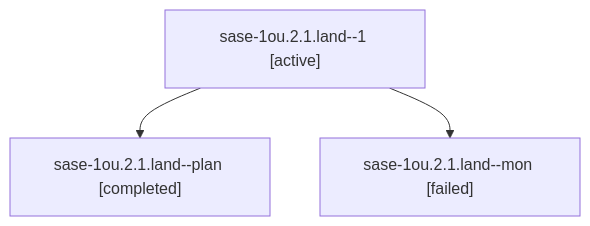
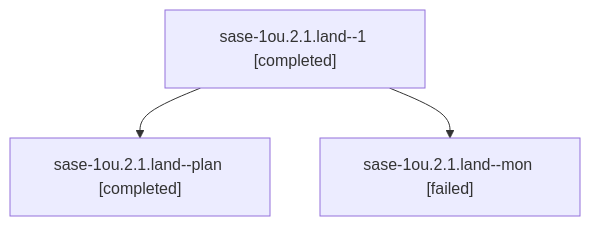
The diagram in sessions/bbugyi200.athena.sase-1ou.2.1.land.md (sase-org/sase--agents), drawn with Mermaid before and after one commit. The commit also changed other lines of this file and 88 other files, not shown here.

````diff
--- a/sessions/bbugyi200.athena.sase-1ou.2.1.land.md
+++ b/sessions/bbugyi200.athena.sase-1ou.2.1.land.md
@@ -9,8 +9,8 @@
 ```mermaid
 flowchart TD
-  n0["sase-1ou.2.1.land--1 [active]"]
+  n0["sase-1ou.2.1.land--1 [completed]"]
   n1["sase-1ou.2.1.land--plan [completed]"]
   n0 --> n1
   n2["sase-1ou.2.1.land--mon [failed]"]
   n0 --> n2
 ```
````
